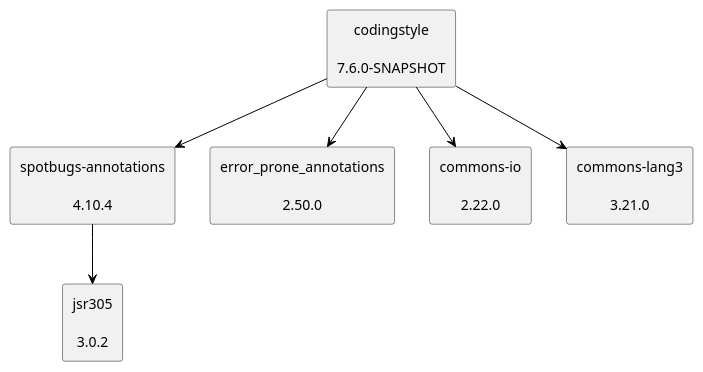
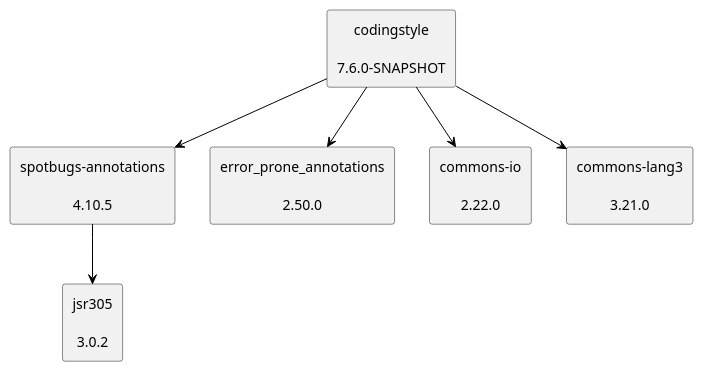
The diagram in doc/dependency-graph.puml (uhafner/codingstyle), drawn with PlantUML before and after one commit.

Commit message:
Update dependency graph to latest versions from POM

```diff
--- a/doc/dependency-graph.puml
+++ b/doc/dependency-graph.puml
@@ -1,20 +1,20 @@
 @startuml
 skinparam defaultTextAlignment center
 skinparam rectangle {
   BackgroundColor<<optional>> beige
   BackgroundColor<<test>> lightGreen
   BackgroundColor<<runtime>> lightBlue
   BackgroundColor<<provided>> lightGray
 }
-rectangle "spotbugs-annotations\n\n4.10.4" as com_github_spotbugs_spotbugs_annotations_jar
+rectangle "spotbugs-annotations\n\n4.10.5" as com_github_spotbugs_spotbugs_annotations_jar
 rectangle "jsr305\n\n3.0.2" as com_google_code_findbugs_jsr305_jar
 rectangle "codingstyle\n\n7.6.0-SNAPSHOT" as edu_hm_hafner_codingstyle_jar
 rectangle "error_prone_annotations\n\n2.50.0" as com_google_errorprone_error_prone_annotations_jar
 rectangle "commons-io\n\n2.22.0" as commons_io_commons_io_jar
 rectangle "commons-lang3\n\n3.21.0" as org_apache_commons_commons_lang3_jar
 com_github_spotbugs_spotbugs_annotations_jar -[#000000]-> com_google_code_findbugs_jsr305_jar
 edu_hm_hafner_codingstyle_jar -[#000000]-> com_github_spotbugs_spotbugs_annotations_jar
 edu_hm_hafner_codingstyle_jar -[#000000]-> com_google_errorprone_error_prone_annotations_jar
 edu_hm_hafner_codingstyle_jar -[#000000]-> commons_io_commons_io_jar
 edu_hm_hafner_codingstyle_jar -[#000000]-> org_apache_commons_commons_lang3_jar
 @enduml
```
